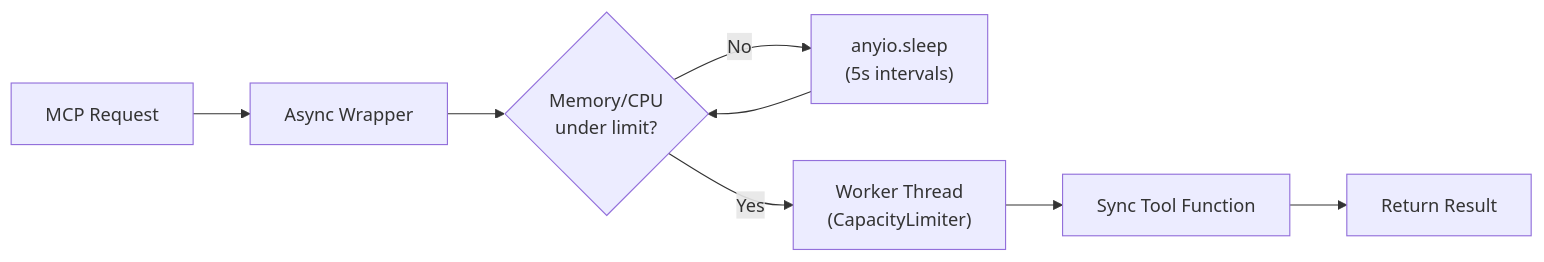
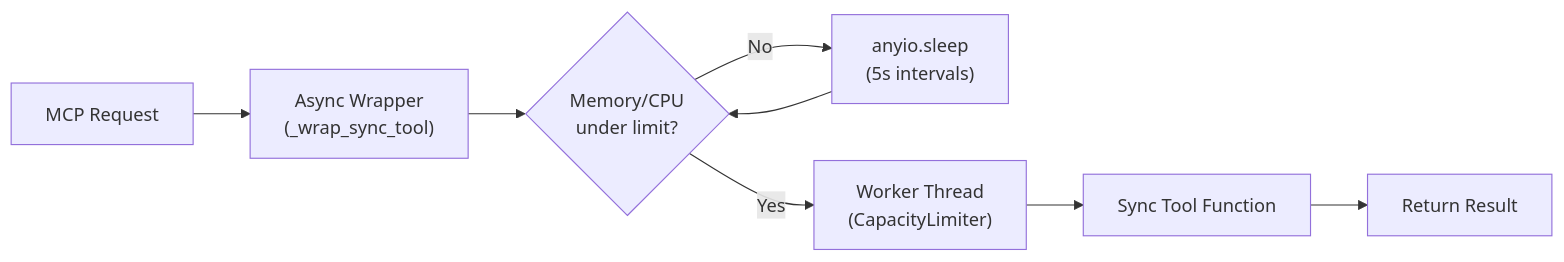
Before and after one commit to calebevans/mulder: the third of 7 diagrams in docs/architecture.md, drawn with Mermaid. The commit also changed other lines of this file and 4 other files, not shown here.

````diff
--- a/docs/architecture.md
+++ b/docs/architecture.md
@@ -126,10 +126,10 @@
 ```mermaid
 flowchart LR
-    request["MCP Request"] --> asyncWrapper["Async Wrapper"]
+    request["MCP Request"] --> asyncWrapper["Async Wrapper\n(_wrap_sync_tool)"]
     asyncWrapper --> resourceCheck{"Memory/CPU\nunder limit?"}
     resourceCheck -->|"No"| wait["anyio.sleep\n(5s intervals)"]
     wait --> resourceCheck
     resourceCheck -->|"Yes"| threadPool["Worker Thread\n(CapacityLimiter)"]
     threadPool --> syncTool["Sync Tool Function"]
     syncTool --> result["Return Result"]
 ```
````
